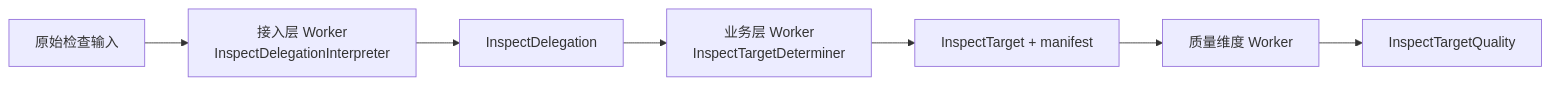
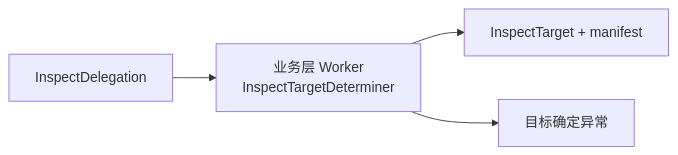
The diagram in specs/npm-plus/worker-exceptions.md (huang-xiao-jian/bluey), drawn with Mermaid before and after one commit. The commit also changed other lines of this file and 3 other files, not shown here.

````diff
--- a/specs/npm-plus/worker-exceptions.md
+++ b/specs/npm-plus/worker-exceptions.md
@@ -25,17 +68,11 @@
 ```mermaid
 flowchart LR
-    Input[原始检查输入]
-    DelegationWorker["接入层 Worker<br/>InspectDelegationInterpreter"]
     Delegation[InspectDelegation]
-    TargetWorker["业务层 Worker<br/>InspectTargetDeterminer"]
+    Worker["业务层 Worker<br/>InspectTargetDeterminer"]
     Target["InspectTarget + manifest"]
-    QualityWorker[质量维度 Worker]
-    Quality[InspectTargetQuality]
+    Exception[目标确定异常]
 
-    Input --> DelegationWorker
-    DelegationWorker --> Delegation
-    Delegation --> TargetWorker
-    TargetWorker --> Target
-    Target --> QualityWorker
-    QualityWorker --> Quality
+    Delegation --> Worker
+    Worker --> Target
+    Worker --> Exception
 ```
````
